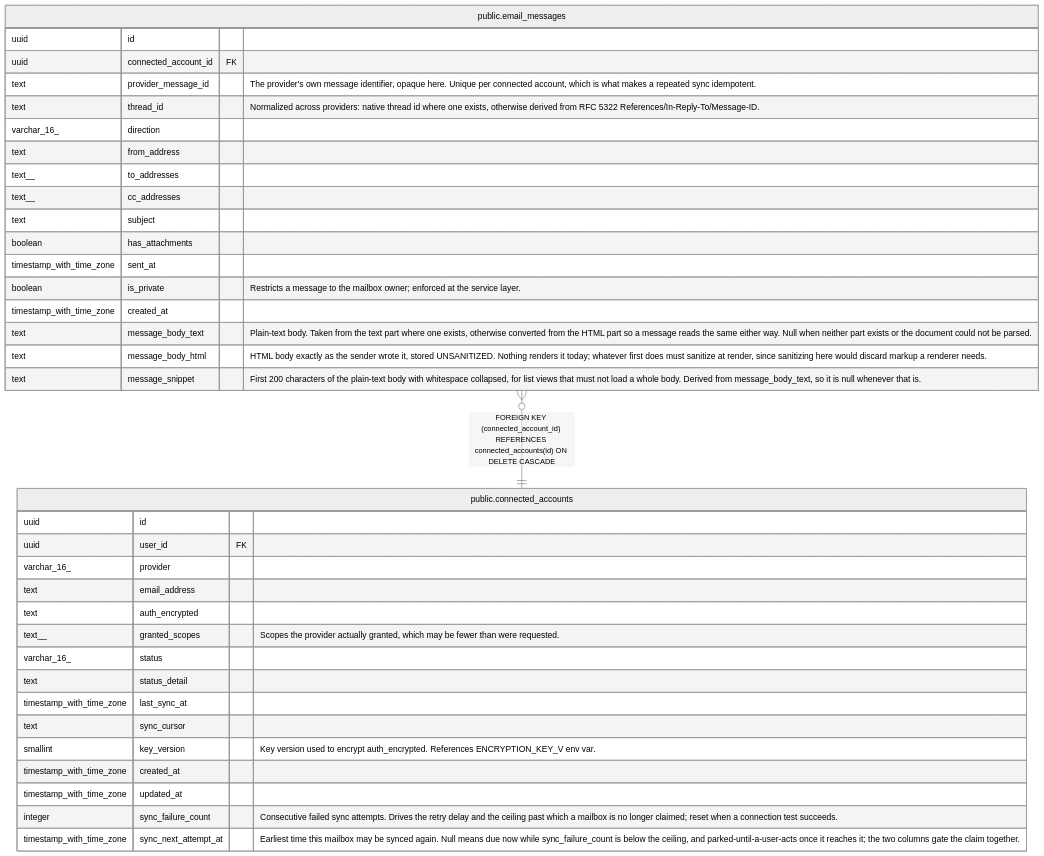
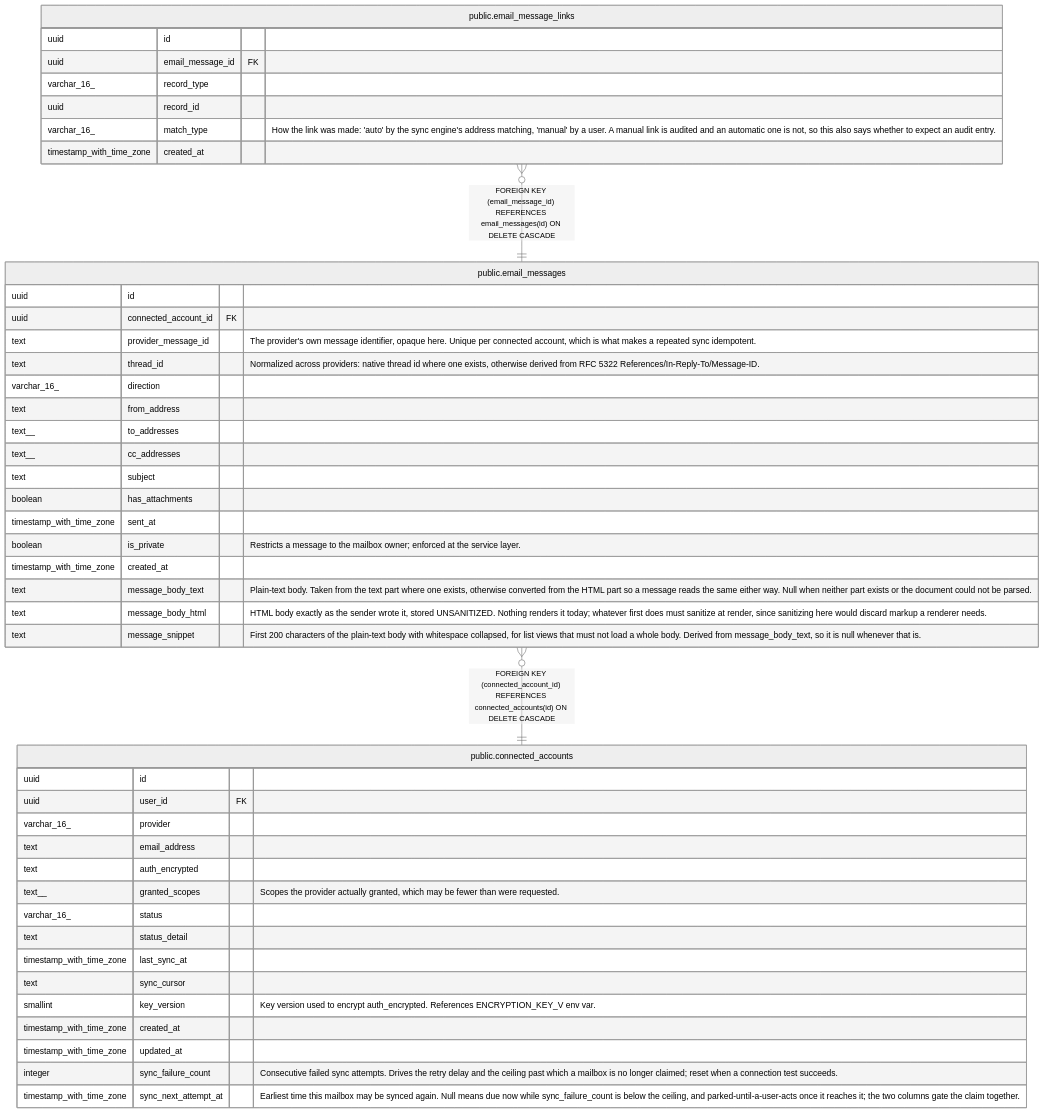
The diagram in docs/schema/public.email_messages.md (rkseattle/minicrm), drawn with Mermaid (neutral theme) before and after one commit. The commit also changed other lines of this file and 9 other files, not shown here.

First line of the commit message:
feat(email): add email_message_links and the addresses index matching needs (MINCRM-578)

````diff
--- a/docs/schema/public.email_messages.md
+++ b/docs/schema/public.email_messages.md
@@ -49,41 +49,50 @@
 ```mermaid
 erDiagram
 
+"public.email_message_links" }o--|| "public.email_messages" : "FOREIGN KEY (email_message_id) REFERENCES email_messages(id) ON DELETE CASCADE"
 "public.email_messages" }o--|| "public.connected_accounts" : "FOREIGN KEY (connected_account_id) REFERENCES connected_accounts(id) ON DELETE CASCADE"
 
 "public.email_messages" {
   uuid id ""
   uuid connected_account_id FK ""
   text provider_message_id "The provider's own message identifier, opaque here. Unique per connected account, which is what makes a repeated sync idempotent."
   text thread_id "Normalized across providers: native thread id where one exists, otherwise derived from RFC 5322 References/In-Reply-To/Message-ID."
   varchar_16_ direction ""
   text from_address ""
   text__ to_addresses ""
   text__ cc_addresses ""
   text subject ""
   boolean has_attachments ""
   timestamp_with_time_zone sent_at ""
   boolean is_private "Restricts a message to the mailbox owner; enforced at the service layer."
   timestamp_with_time_zone created_at ""
   text message_body_text "Plain-text body. Taken from the text part where one exists, otherwise converted from the HTML part so a message reads the same either way. Null when neither part exists or the document could not be parsed."
   text message_body_html "HTML body exactly as the sender wrote it, stored UNSANITIZED. Nothing renders it today; whatever first does must sanitize at render, since sanitizing here would discard markup a renderer needs."
   text message_snippet "First 200 characters of the plain-text body with whitespace collapsed, for list views that must not load a whole body. Derived from message_body_text, so it is null whenever that is."
 }
+"public.email_message_links" {
+  uuid id ""
+  uuid email_message_id FK ""
+  varchar_16_ record_type ""
+  uuid record_id ""
+  varchar_16_ match_type "How the link was made: 'auto' by the sync engine's address matching, 'manual' by a user. A manual link is audited and an automatic one is not, so this also says whether to expect an audit entry."
+  timestamp_with_time_zone created_at ""
+}
 "public.connected_accounts" {
   uuid id ""
   uuid user_id FK ""
   varchar_16_ provider ""
   text email_address ""
   text auth_encrypted ""
   text__ granted_scopes "Scopes the provider actually granted, which may be fewer than were requested."
   varchar_16_ status ""
   text status_detail ""
   timestamp_with_time_zone last_sync_at ""
   text sync_cursor ""
   smallint key_version "Key version used to encrypt auth_encrypted. References ENCRYPTION_KEY_V<n> env var."
   timestamp_with_time_zone created_at ""
   timestamp_with_time_zone updated_at ""
   integer sync_failure_count "Consecutive failed sync attempts. Drives the retry delay and the ceiling past which a mailbox is no longer claimed; reset when a connection test succeeds."
   timestamp_with_time_zone sync_next_attempt_at "Earliest time this mailbox may be synced again. Null means due now while sync_failure_count is below the ceiling, and parked-until-a-user-acts once it reaches it; the two columns gate the claim together."
 }
 ```
````
